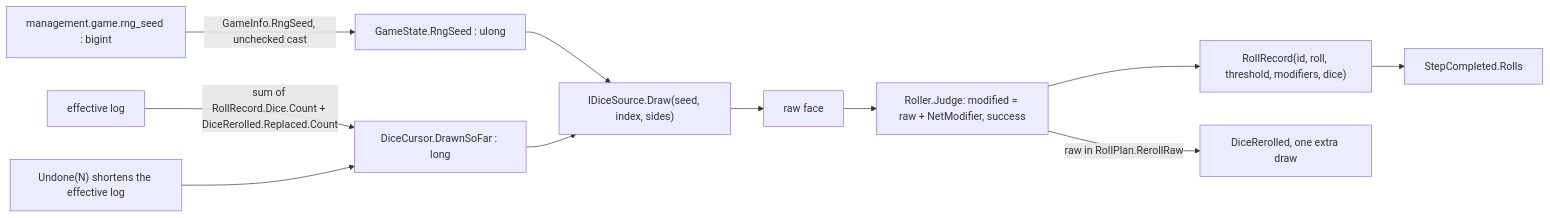
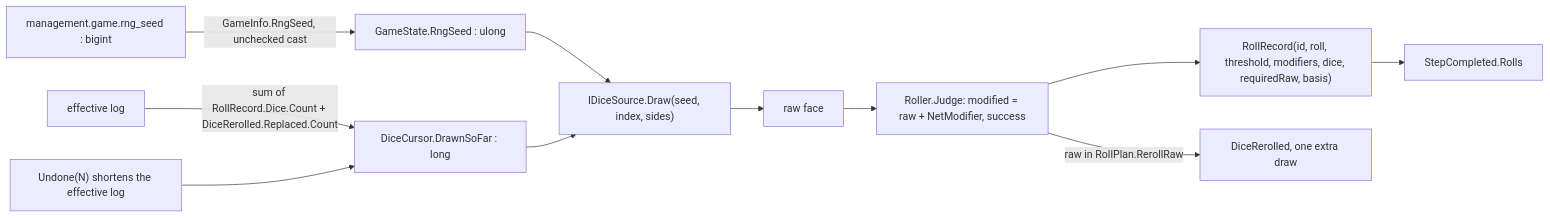
Before and after one commit to cstupi/tabletop: the third of 11 diagrams in docs/design/interpreter/design.md, drawn with Mermaid. The commit also changed 3 other files, not shown here.

````diff
--- a/docs/design/interpreter/design.md
+++ b/docs/design/interpreter/design.md
@@ -316,13 +316,13 @@
 ```mermaid
 flowchart LR
     row["management.game.rng_seed : bigint"] -- "GameInfo.RngSeed, unchecked cast" --> seed["GameState.RngSeed : ulong"]
     log["effective log"] -- "sum of RollRecord.Dice.Count + DiceRerolled.Replaced.Count" --> cur["DiceCursor.DrawnSoFar : long"]
     seed --> src["IDiceSource.Draw(seed, index, sides)"]
     cur --> src
     src --> die["raw face"]
     die --> judge["Roller.Judge: modified = raw + NetModifier, success"]
-    judge --> rec["RollRecord(id, roll, threshold, modifiers, dice)"]
+    judge --> rec["RollRecord(id, roll, threshold, modifiers, dice, requiredRaw, basis)"]
     rec --> sc["StepCompleted.Rolls"]
     judge -- "raw in RollPlan.RerollRaw" --> forced["DiceRerolled, one extra draw"]
     undo["Undone(N) shortens the effective log"] --> cur
 ```
````
